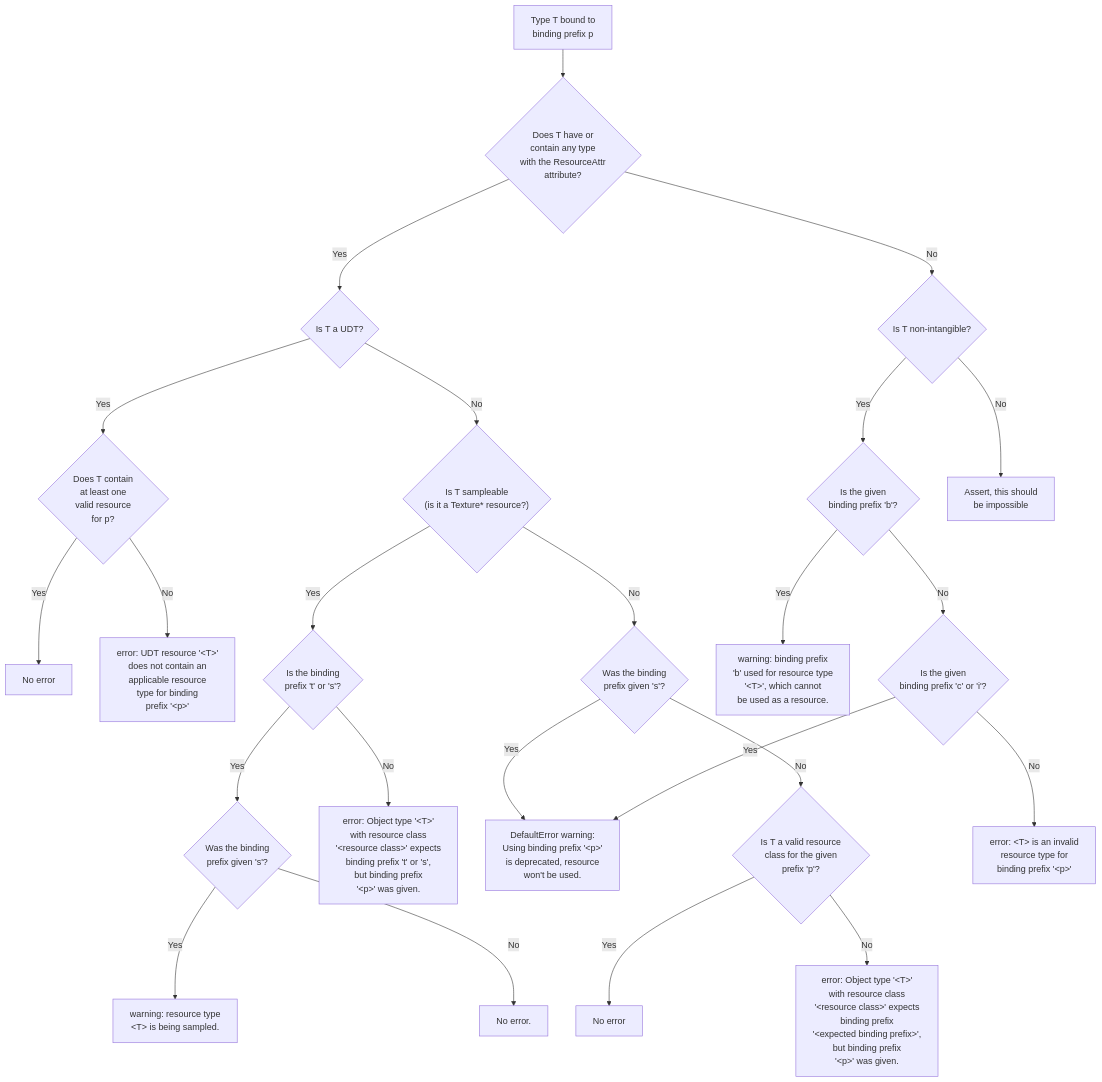
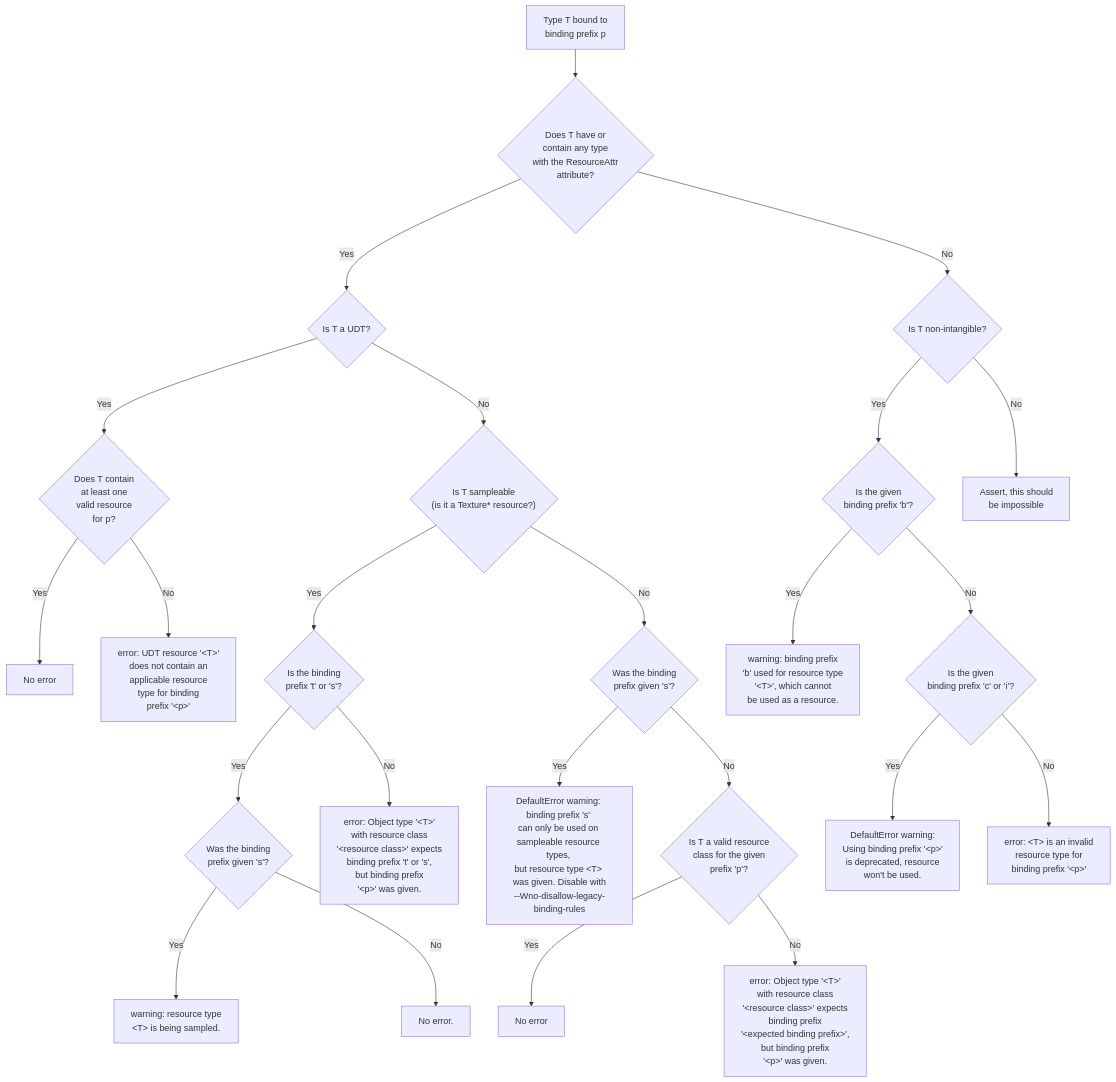
The diagram in proposals/infra/INF-0004-binding-resource-binding-diagnostics.md (microsoft/hlsl-specs), drawn with Mermaid before and after one commit.

Commit message:
re-label nodes

````diff
--- a/proposals/infra/INF-0004-binding-resource-binding-diagnostics.md
+++ b/proposals/infra/INF-0004-binding-resource-binding-diagnostics.md
@@ -132,72 +132,72 @@
 ```mermaid
 flowchart TD
 A[Type T bound to 
 binding prefix p] --> B{Does T have or 
 contain any type
 with the ResourceAttr
 attribute?}
 B -- Yes -->C{Is T a UDT?}
 B -- No --> M{Is T non-intangible?}
 C -- Yes -->D{Does T contain
 at least one 
 valid resource 
 for p?}
 C -- No -->G{"Is T sampleable 
 (is it a Texture* resource?)"}
 D -- Yes -->E[No error]
 D -- No -->F[error: UDT resource '&ltT&gt'
 does not contain an 
 applicable resource 
 type for binding 
 prefix '&ltp&gt']
 G -- Yes -->H{Is the binding 
 prefix 't' or 's'?}
 G -- No --> I{Was the binding 
 prefix given 's'?}
 H -- Yes -->L{Was the binding 
 prefix given 's'?}
 H -- No --> J[error: Object type '&ltT&gt' 
 with resource class 
 '&ltresource class&gt' expects 
 binding prefix 't' or 's', 
 but binding prefix 
 '&ltp&gt' was given.]
 I -- Yes --> V[DefaultError warning: 
 binding prefix 's' 
 can only be used on 
 sampleable resource types, 
 but resource type &ltT&gt 
 was given. Disable with
 --Wno-disallow-legacy-binding-rules]
 I -- No -->K{Is T a valid resource
 class for the given
 prefix 'p'?}
 K -- Yes -->Q[No error]
 K -- No --> R[error: Object type '&ltT&gt'
 with resource class 
 '&ltresource class&gt' expects
 binding prefix 
 '&ltexpected binding prefix&gt', 
 but binding prefix 
 '&ltp&gt' was given.]
 L -- Yes -->O[warning: resource type 
 &ltT> is being sampled.]
 L -- No -->P[No error.]
 M -- Yes -->N{Is the given 
 binding prefix 'b'?}
 M -- No --> S[Assert, this should 
 be impossible]
 N -- Yes -->T[warning: binding prefix 
 'b' used for resource type 
 '&ltT&gt', which cannot 
 be used as a resource.]
 N -- No -->U{Is the given
 binding prefix 'c' or 'i'?}
-U -- Yes --> V[DefaultError warning:
+U -- Yes --> W[DefaultError warning:
 Using binding prefix '&ltp&gt' 
 is deprecated, resource 
 won't be used.]
-U -- No -->W[error: &ltT&gt is an invalid 
+U -- No -->X[error: &ltT&gt is an invalid 
 resource type for 
 binding prefix '&ltp&gt']
 ```
````
